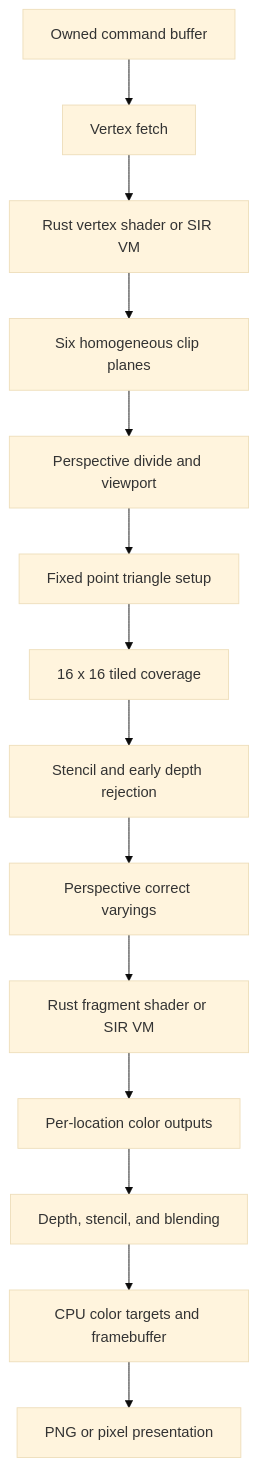
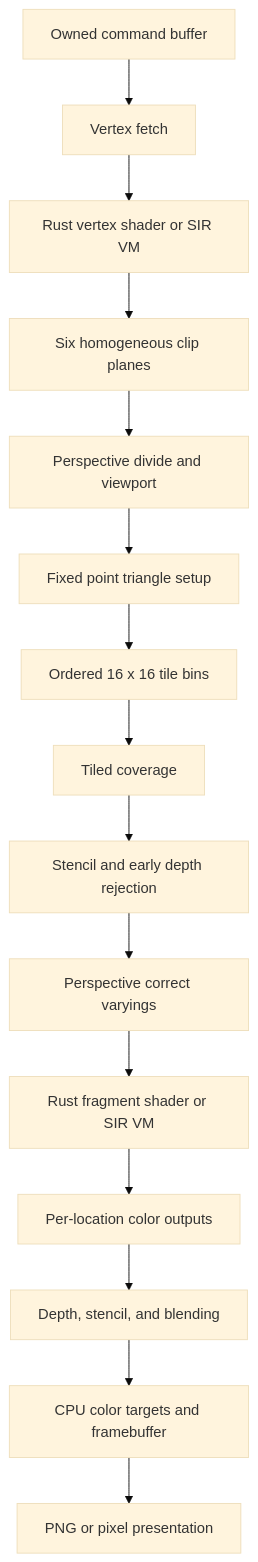
One commit to OthmaneBlial/silicon changed the diagram in docs/architecture.md. Above: the diagram before and after it, drawn with Mermaid (base theme). The commit also changed 8 other files, not shown here.

````diff
--- a/docs/architecture.md
+++ b/docs/architecture.md
@@ -11,16 +11,17 @@
 ```mermaid
 flowchart TD
   A[Owned command buffer] --> B[Vertex fetch]
   B --> C[Rust vertex shader or SIR VM]
   C --> D[Six homogeneous clip planes]
   D --> E[Perspective divide and viewport]
   E --> F[Fixed point triangle setup]
-  F --> G[16 x 16 tiled coverage]
-  G --> H[Stencil and early depth rejection]
-  H --> I[Perspective correct varyings]
-  I --> J[Rust fragment shader or SIR VM]
-  J --> K[Per-location color outputs]
-  K --> L[Depth, stencil, and blending]
-  L --> M[CPU color targets and framebuffer]
-  M --> N[PNG or pixel presentation]
+  F --> G[Ordered 16 x 16 tile bins]
+  G --> H[Tiled coverage]
+  H --> I[Stencil and early depth rejection]
+  I --> J[Perspective correct varyings]
+  J --> K[Rust fragment shader or SIR VM]
+  K --> L[Per-location color outputs]
+  L --> M[Depth, stencil, and blending]
+  M --> N[CPU color targets and framebuffer]
+  N --> O[PNG or pixel presentation]
 ```
````
